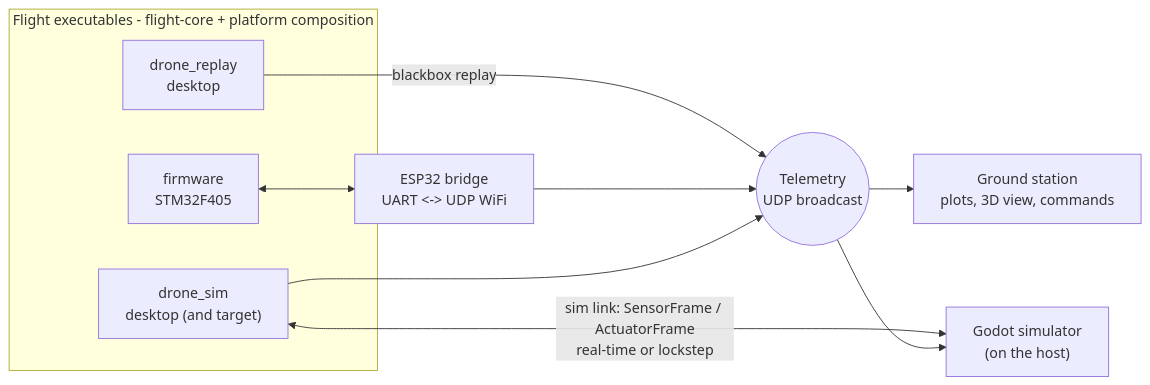
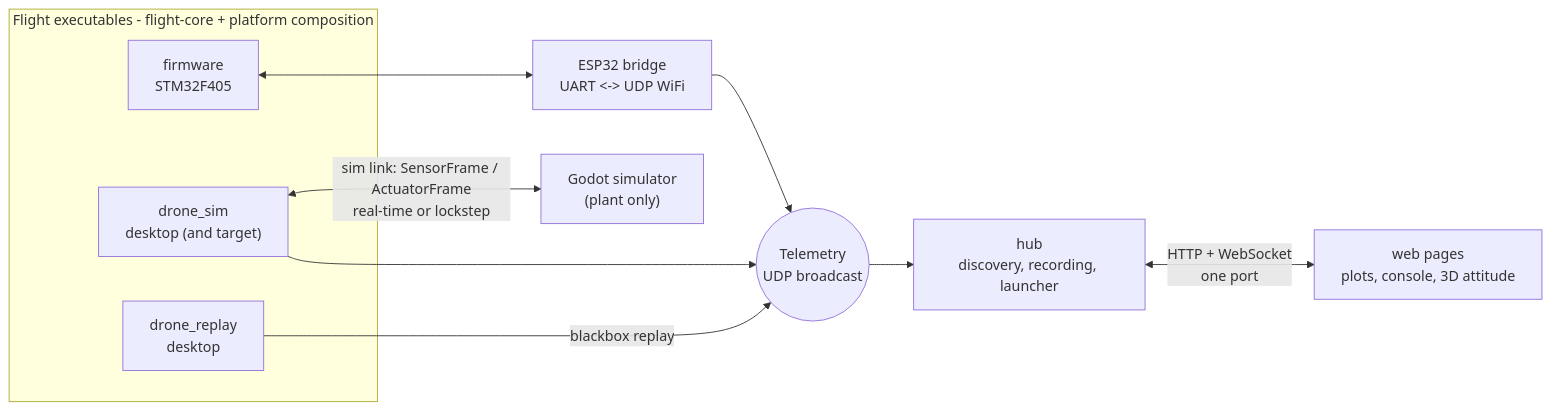
One commit to Keyrim/drone-mark4 changed the first of 2 diagrams in docs/architecture.md. Above: the diagram before and after it, drawn with Mermaid. The commit also changed other lines of this file and 6 other files, not shown here.

First line of the commit message:
docs: the hub pages replace the ground station everywhere

````diff
--- a/docs/architecture.md
+++ b/docs/architecture.md
@@ -9,21 +9,22 @@
 ```mermaid
 flowchart LR
     subgraph flight["Flight executables - flight-core + platform composition"]
         FW["firmware<br/>STM32F405"]
         DS["drone_sim<br/>desktop (and target)"]
         DR["drone_replay<br/>desktop"]
     end
 
     ESP["ESP32 bridge<br/>UART <-> UDP WiFi"]
-    GODOT["Godot simulator<br/>(on the host)"]
-    GS["Ground station<br/>plots, 3D view, commands"]
+    GODOT["Godot simulator<br/>(plant only)"]
+    HUB["hub<br/>discovery, recording, launcher"]
+    PAGES["web pages<br/>plots, console, 3D attitude"]
     BUS(("Telemetry<br/>UDP broadcast"))
 
     FW <--> ESP
     DS <-->|"sim link: SensorFrame / ActuatorFrame<br/>real-time or lockstep"| GODOT
     DR -->|"blackbox replay"| BUS
     ESP --> BUS
     DS --> BUS
-    BUS --> GS
-    BUS --> GODOT
+    BUS --> HUB
+    HUB <-->|"HTTP + WebSocket<br/>one port"| PAGES
 ```
````
